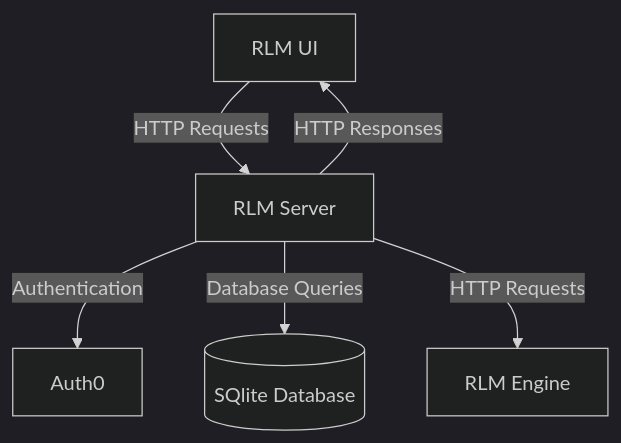
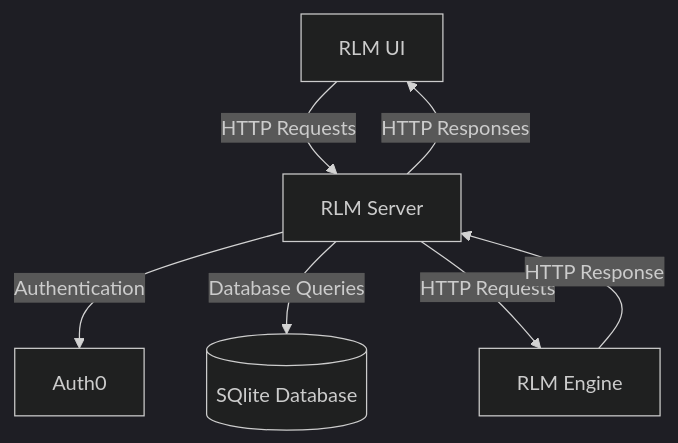
One commit to dayercher005/RLM-UI changed the diagram in README.md. Above: the diagram before and after it, drawn with Mermaid. The commit also changed other lines of this file, not shown here.

Commit message:
docs: updated README.md file

````diff
--- a/README.md
+++ b/README.md
@@ -61,20 +61,20 @@
  ```mermaid
 ---
 config: 
     theme: 'dark'
 ---
 
 graph TB
     Frontend[RLM UI]
     API[RLM Server]
     Database[(SQlite Database)]
     Authentication[Auth0]
     Engine[RLM Engine]
     
     Frontend --> |HTTP Requests| API
     API -->|Authentication| Authentication
     API -->|Database Queries| Database
     API -->|HTTP Responses| Frontend
     API -->|HTTP Requests| Engine
-
+    Engine -->|HTTP Response| API
  ```
````
